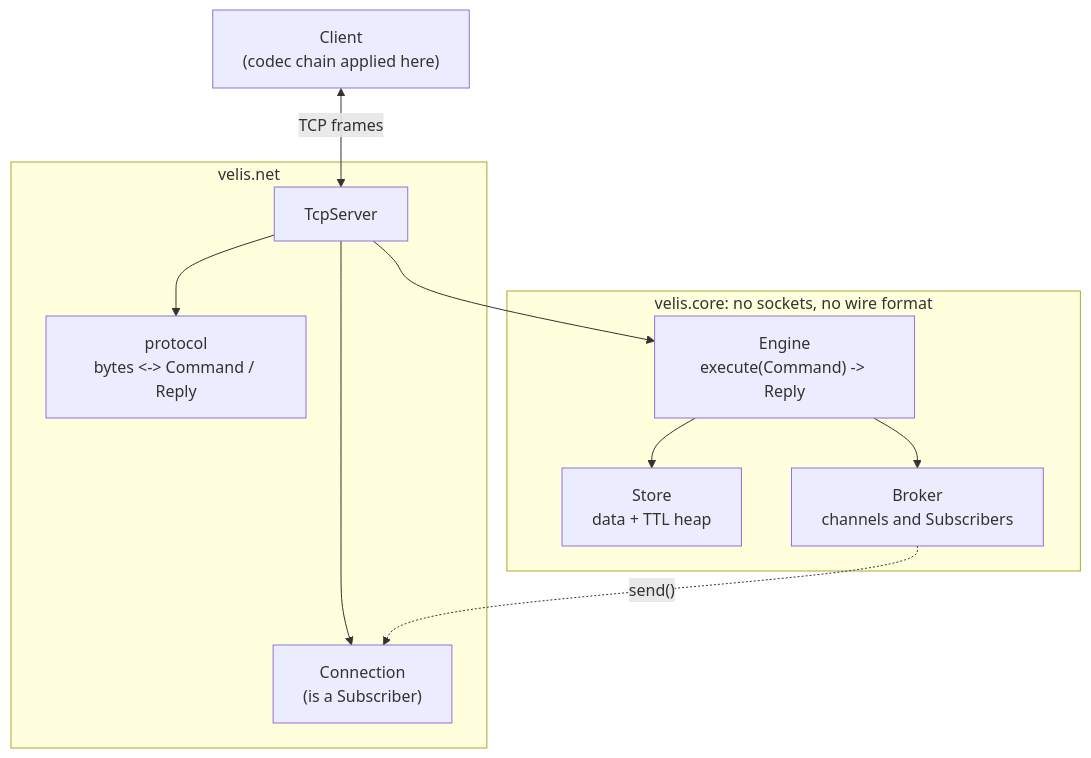
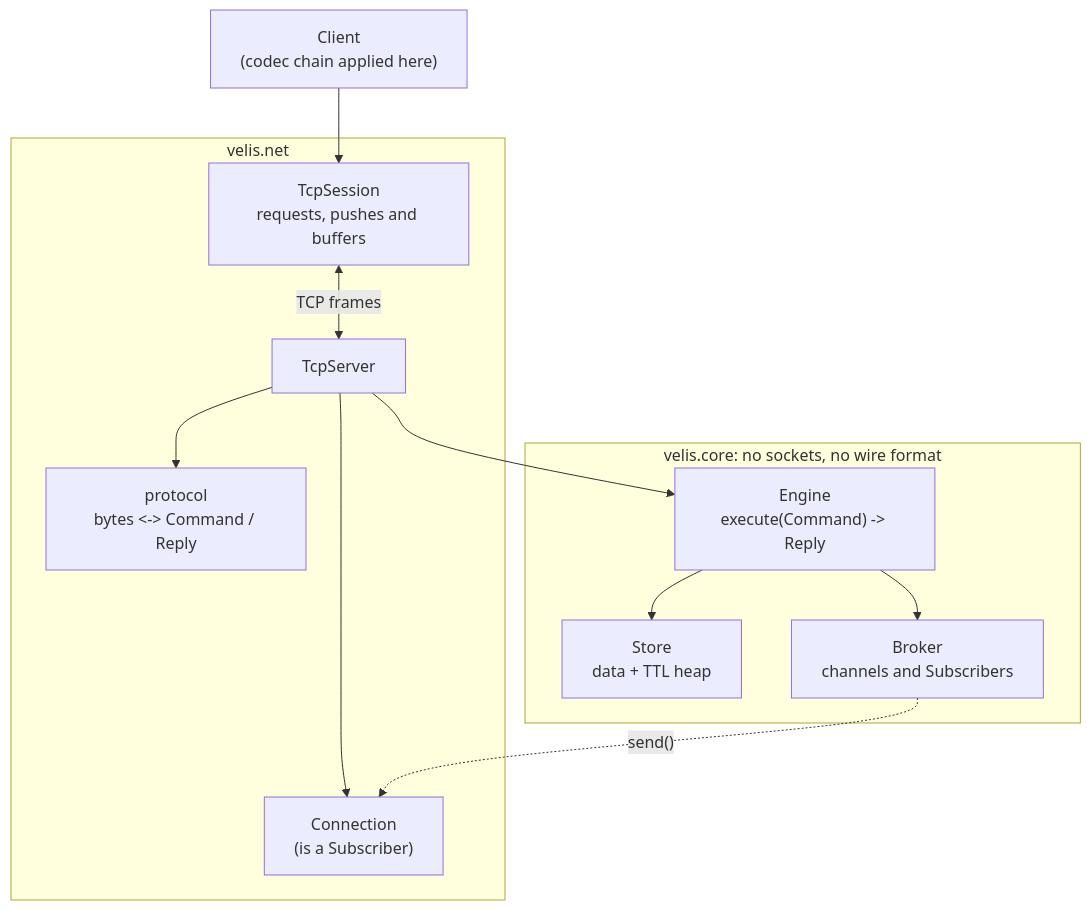
Before and after one commit to gchape/velis: the first of 5 diagrams in README.md, drawn with Mermaid. The commit also changed other lines of this file, not shown here.

````diff
--- a/README.md
+++ b/README.md
@@ -85,24 +87,26 @@
 ```mermaid
 flowchart TB
     client["Client<br/>(codec chain applied here)"]
 
     subgraph net ["velis.net"]
+        session["TcpSession<br/>requests, pushes and buffers"]
         server["TcpServer"]
         proto["protocol<br/>bytes <-> Command / Reply"]
         conn["Connection<br/>(is a Subscriber)"]
     end
 
     subgraph core ["velis.core: no sockets, no wire format"]
         engine["Engine<br/>execute(Command) -> Reply"]
         store["Store<br/>data + TTL heap"]
         broker["Broker<br/>channels and Subscribers"]
     end
 
-    client <-->|"TCP frames"| server
+    client --> session
+    session <-->|"TCP frames"| server
     server --> proto
     server --> conn
     server --> engine
     engine --> store
     engine --> broker
     broker -. "send()" .-> conn
 ```
````
